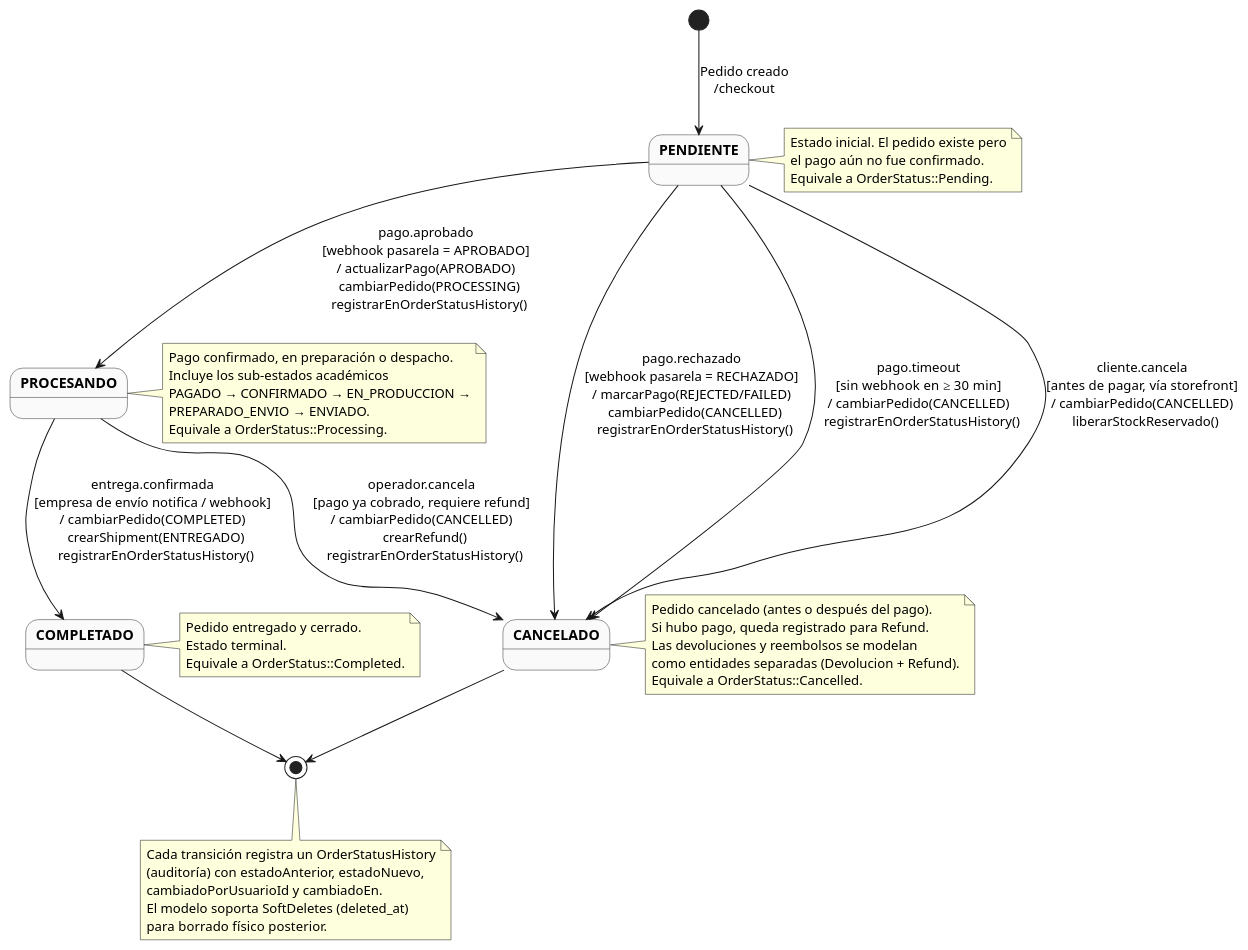
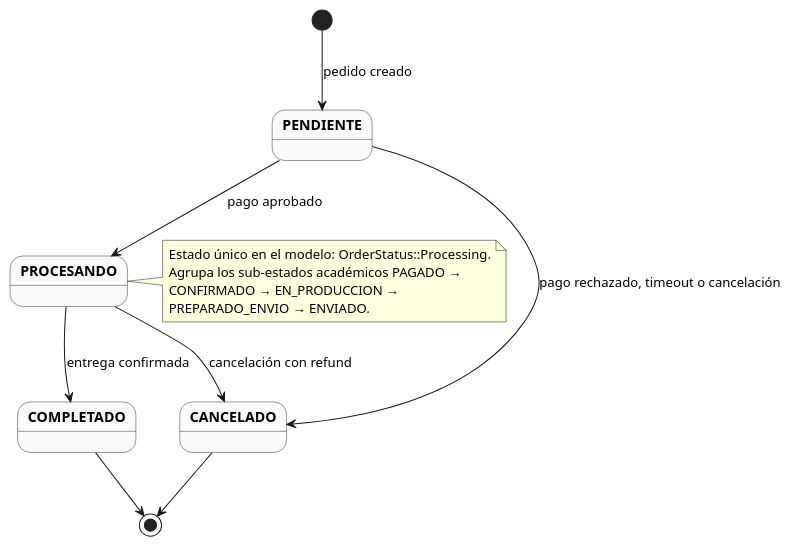
One commit to D4nitrix13/AtlasCommerce changed the diagram in docs/uml/8.5.1-estado-pedido-simple.puml. Above: the diagram before and after it, drawn with PlantUML. The commit also changed 11 other files, not shown here.

```diff
--- a/docs/uml/8.5.1-estado-pedido-simple.puml
+++ b/docs/uml/8.5.1-estado-pedido-simple.puml
@@ -1,65 +1,26 @@
-@startuml 8.5 - Diagrama de Estados: Pedido (alineado con la implementación)
-hide methods
-hide attributes
-hide empty members
+@startuml 8.5 - Diagrama de Estados: Pedido
 skinparam state {
   BackgroundColor #FAFAFA
   BorderColor #333333
   FontStyle bold
 }
 
-state "PENDIENTE" as PEND
-state "PROCESANDO" as PROC
-state "COMPLETADO" as COMP
-state "CANCELADO" as CANC
+[*] --> PENDIENTE : pedido creado
 
-[*] --> PEND : Pedido creado\n/checkout
+PENDIENTE --> PROCESANDO : pago aprobado
+PENDIENTE --> CANCELADO : pago rechazado, timeout o cancelación
 
-note right of PEND
-  Estado inicial. El pedido existe pero
-  el pago aún no fue confirmado.
-  Equivale a OrderStatus::Pending.
-end note
+PROCESANDO --> COMPLETADO : entrega confirmada
+PROCESANDO --> CANCELADO : cancelación con refund
 
-PEND --> PROC : pago.aprobado\n[webhook pasarela = APROBADO]\n/ actualizarPago(APROBADO)\n  cambiarPedido(PROCESSING)\n  registrarEnOrderStatusHistory()
-PEND --> CANC : pago.rechazado\n[webhook pasarela = RECHAZADO]\n/ marcarPago(REJECTED/FAILED)\n  cambiarPedido(CANCELLED)\n  registrarEnOrderStatusHistory()
-PEND --> CANC : pago.timeout\n[sin webhook en ≥ 30 min]\n/ cambiarPedido(CANCELLED)\n  registrarEnOrderStatusHistory()
-PEND --> CANC : cliente.cancela\n[antes de pagar, vía storefront]\n/ cambiarPedido(CANCELLED)\n  liberarStockReservado()
+COMPLETADO --> [*]
+CANCELADO --> [*]
 
-note right of PROC
-  Pago confirmado, en preparación o despacho.
-  Incluye los sub-estados académicos
-  PAGADO → CONFIRMADO → EN_PRODUCCION →
+note right of PROCESANDO
+  Estado único en el modelo: OrderStatus::Processing.
+  Agrupa los sub-estados académicos PAGADO →
+  CONFIRMADO → EN_PRODUCCION →
   PREPARADO_ENVIO → ENVIADO.
-  Equivale a OrderStatus::Processing.
-end note
-
-PROC --> COMP : entrega.confirmada\n[empresa de envío notifica / webhook]\n/ cambiarPedido(COMPLETED)\n  crearShipment(ENTREGADO)\n  registrarEnOrderStatusHistory()
-PROC --> CANC : operador.cancela\n[pago ya cobrado, requiere refund]\n/ cambiarPedido(CANCELLED)\n  crearRefund()\n  registrarEnOrderStatusHistory()
-
-note right of CANC
-  Pedido cancelado (antes o después del pago).
-  Si hubo pago, queda registrado para Refund.
-  Las devoluciones y reembolsos se modelan
-  como entidades separadas (Devolucion + Refund).
-  Equivale a OrderStatus::Cancelled.
-end note
-
-note right of COMP
-  Pedido entregado y cerrado.
-  Estado terminal.
-  Equivale a OrderStatus::Completed.
-end note
-
-COMP --> [*]
-CANC --> [*]
-
-note bottom
-  Cada transición registra un OrderStatusHistory
-  (auditoría) con estadoAnterior, estadoNuevo,
-  cambiadoPorUsuarioId y cambiadoEn.
-  El modelo soporta SoftDeletes (deleted_at)
-  para borrado físico posterior.
 end note
 
 @enduml
```
